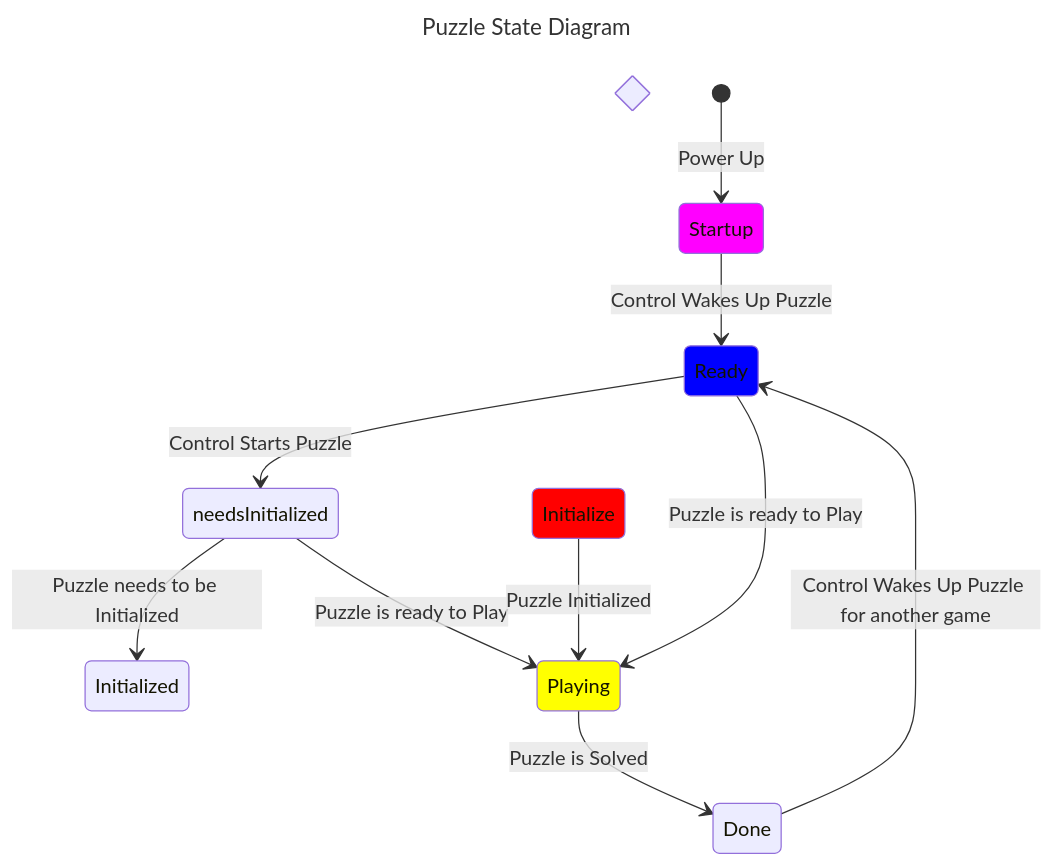
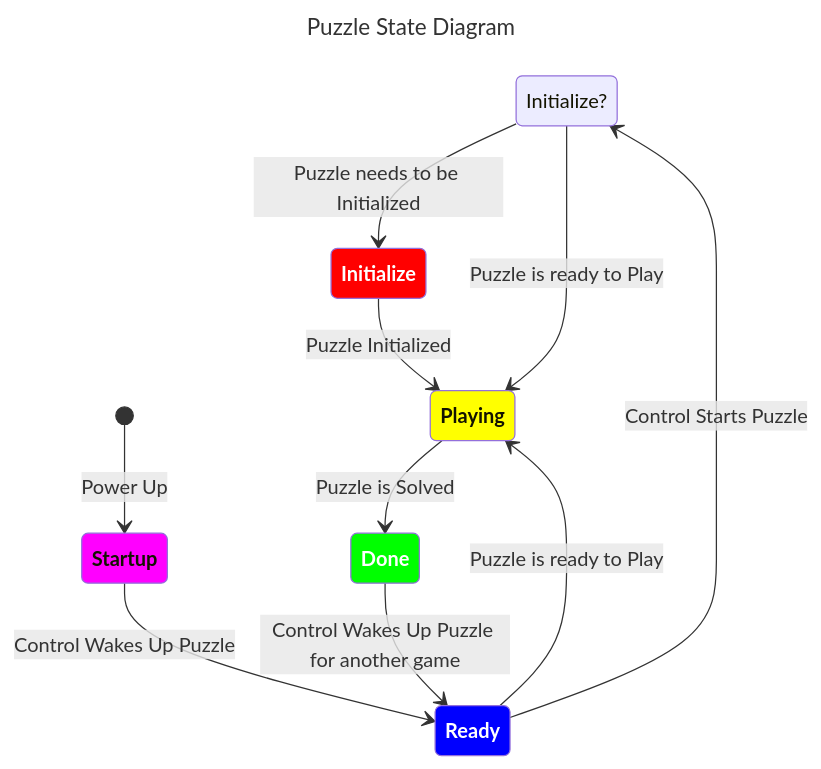
The second of 2 diagrams in README.md (greggubben/PhoneHomeBusyBox), drawn with Mermaid before and after one commit.

Commit message:
architecture section state font and colors

````diff
--- a/README.md
+++ b/README.md
@@ -106,30 +106,31 @@
 ```mermaid
 ---
 title: Puzzle State Diagram
 ---
 stateDiagram-v2
-  state "Initialized?" as needsInitialized <<choice>>
+  state needsInitialized <<choice>>
+  needsInitialized: Initialize?
   [*] --> Startup: Power Up
   Startup --> Ready: Control Wakes Up Puzzle
   Ready --> needsInitialized: Control Starts Puzzle
-  needsInitialized --> Initialized: Puzzle needs to be Initialized
+  needsInitialized --> Initialize: Puzzle needs to be Initialized
   needsInitialized --> Playing: Puzzle is ready to Play
   Initialize --> Playing: Puzzle Initialized
   Ready --> Playing: Puzzle is ready to Play
   Playing --> Done: Puzzle is Solved
   Done --> Ready: Control Wakes Up Puzzle for another game
 
-  classDef purple fill:#f0f
-  classDef blue fill:#00F
-  classDef red fill:#F00
-  classDef yellow fill:#FF0
-  classDef green fill:#0F0
-  classDef cyan fill:#0FF
+  classDef purple fill:#f0f,font-weight:bold
+  classDef blue fill:#00F,color:white,font-weight:bold
+  classDef red fill:#F00,color:white,font-weight:bold
+  classDef yellow fill:#FF0,font-weight:bold
+  classDef green fill:#0F0,color:white,font-weight:bold
+  classDef cyan fill:#0FF,font-weight:bold
 
   class Startup purple
   class Ready blue
   class Initialize red
   class Playing yellow
-  class Solved green
+  class Done green
 
 ```
````
